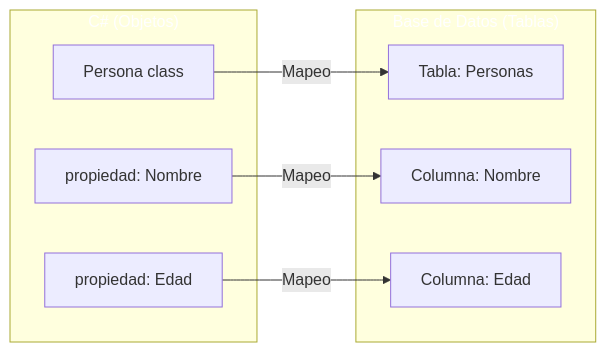
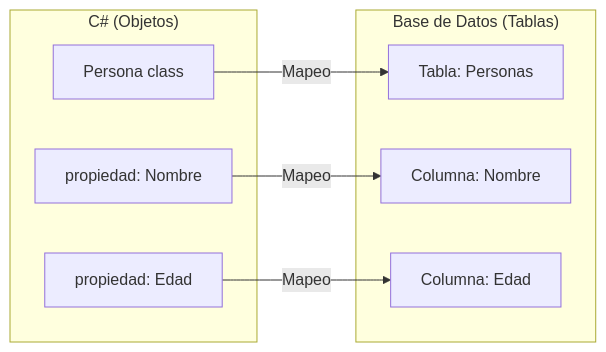
Before and after one commit to joseluisgs/DesarrolloWebEntornosServidor-01-2026-2027: the first of 2 diagrams in 20-entity-framework-core.md, drawn with Mermaid. The commit also changed other lines of this file and 15 other files, not shown here.

Commit message:
docs: quitar el relleno a los subgraf de los diagramas y corregir comillas y rayas sueltas

````diff
--- a/20-entity-framework-core.md
+++ b/20-entity-framework-core.md
@@ -50,21 +50,19 @@
 ```mermaid
 graph LR
     subgraph CSHARP["C# (Objetos)"]
         A["Persona class"]
         B["propiedad: Nombre"]
         C["propiedad: Edad"]
     end
 
     subgraph SQL["Base de Datos (Tablas)"]
         D["Tabla: Personas"]
         E["Columna: Nombre"]
         F["Columna: Edad"]
     end
 
     A -->|"Mapeo"| D
     B -->|"Mapeo"| E
     C -->|"Mapeo"| F
 
-    style CSHARP fill:#2196F,color:#fff3,color:#fff
-    style SQL fill:#4CAF5,color:#fff0,color:#fff
 ```
````
